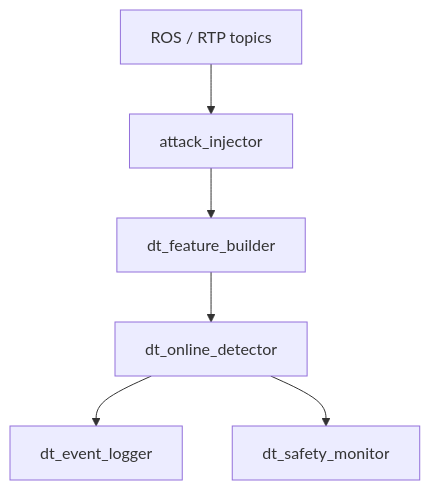
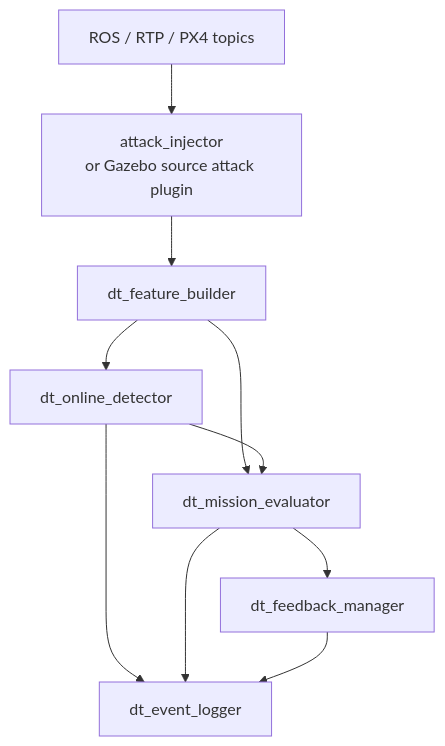
Before and after one commit to ting0525/LAEA: the second of 2 diagrams in RESEARCH_PLAN.md, drawn with Mermaid. The commit also changed other lines of this file and 5 other files, not shown here.

Commit message:
Document LAEA architecture and research roadmap

````diff
--- a/RESEARCH_PLAN.md
+++ b/RESEARCH_PLAN.md
@@ -306,15 +467,20 @@
 ```mermaid
 flowchart TD
-    sensors["ROS / RTP topics"]
-    injector["attack_injector"]
+    sensors["ROS / RTP / PX4 topics"]
+    injector["attack_injector\nor Gazebo source attack plugin"]
     feature["dt_feature_builder"]
     model["dt_online_detector"]
+    mission["dt_mission_evaluator"]
+    feedback["dt_feedback_manager"]
     logger["dt_event_logger"]
-    safety["dt_safety_monitor"]
 
     sensors --> injector
     injector --> feature
     feature --> model
+    feature --> mission
+    model --> mission
+    mission --> feedback
     model --> logger
-    model --> safety
+    mission --> logger
+    feedback --> logger
 ```
````
